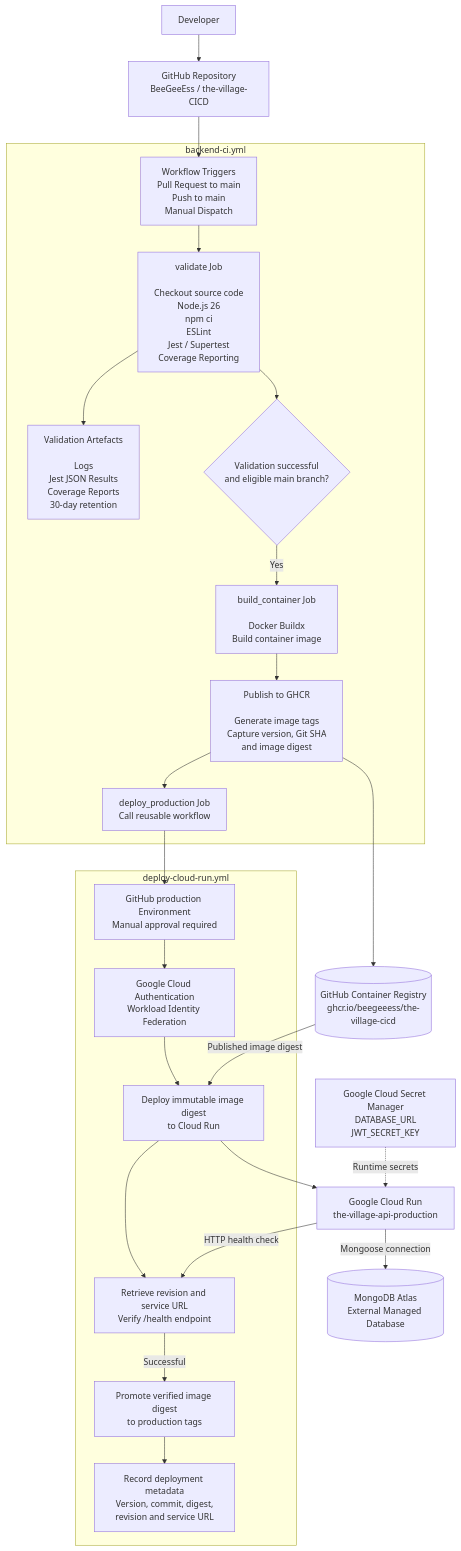
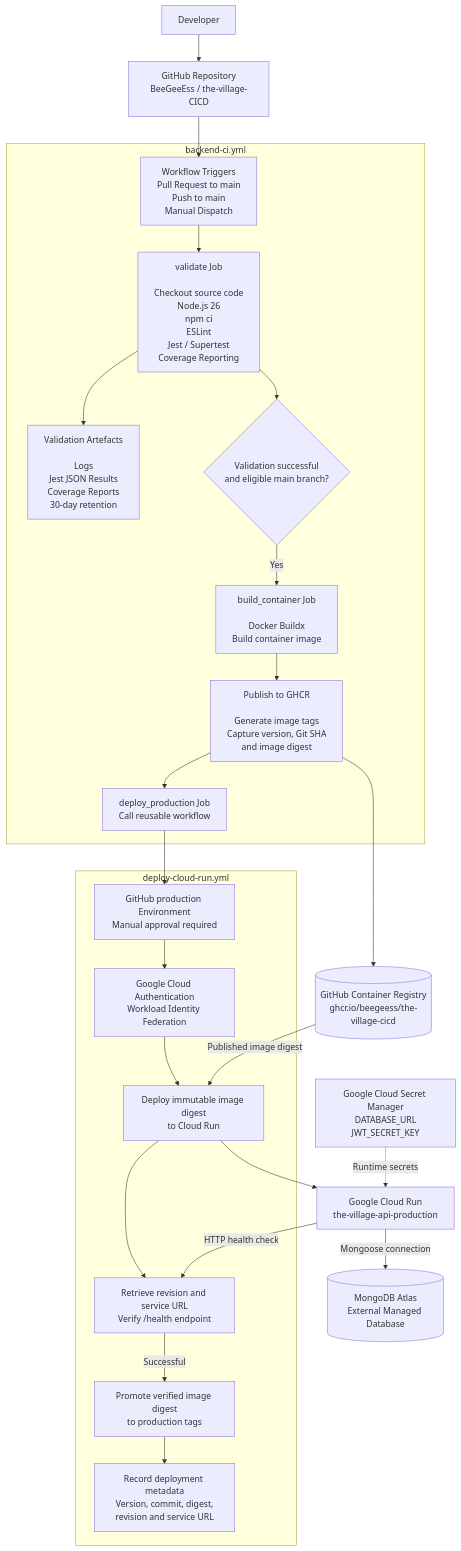
The third of 4 diagrams in application-architecture.md (BeeGeeEss/the-village-CICD), drawn with Mermaid before and after one commit. The commit also changed other lines of this file, not shown here.

Commit message:
DOCS: Update app architecture

````diff
--- a/application-architecture.md
+++ b/application-architecture.md
@@ -342,66 +340,66 @@
 ```mermaid
 flowchart TB
     DEV["Developer"]
     REPO["GitHub Repository<br/>BeeGeeEss / the-village-CICD"]
 
     subgraph MAIN["backend-ci.yml"]
         TRIGGER["Workflow Triggers<br/>Pull Request to main<br/>Push to main<br/>Manual Dispatch"]
 
         VALIDATE["validate Job<br/><br/>Checkout source code<br/>Node.js 26<br/>npm ci<br/>ESLint<br/>Jest / Supertest<br/>Coverage Reporting"]
 
         ARTIFACTS["Validation Artefacts<br/><br/>Logs<br/>Jest JSON Results<br/>Coverage Reports<br/>30-day retention"]
 
         CONDITION{"Validation successful<br/>and eligible main branch?"}
 
         BUILD["build_container Job<br/><br/>Docker Buildx<br/>Build container image"]
 
         PUBLISH["Publish to GHCR<br/><br/>Generate image tags<br/>Capture version, Git SHA<br/>and image digest"]
 
         DEPLOYJOB["deploy_production Job<br/>Call reusable workflow"]
 
         TRIGGER --> VALIDATE
         VALIDATE --> ARTIFACTS
         VALIDATE --> CONDITION
         CONDITION -->|"Yes"| BUILD
         BUILD --> PUBLISH
         PUBLISH --> DEPLOYJOB
     end
 
-    GHCR[("GitHub Container Registry<br/>ghcr.io/beegeeess/the-village-cicd")]
+    GHCR[("GitHub Container Registry<br/>ghcr.io/beegeess/the-village-cicd")]
 
     subgraph REUSABLE["deploy-cloud-run.yml"]
         APPROVAL["GitHub production Environment<br/>Manual approval required"]
 
         AUTH["Google Cloud Authentication<br/>Workload Identity Federation"]
 
         DEPLOY["Deploy immutable image digest<br/>to Cloud Run"]
 
         HEALTH["Retrieve revision and service URL<br/>Verify /health endpoint"]
 
         PROMOTE["Promote verified image digest<br/>to production tags"]
 
         METADATA["Record deployment metadata<br/>Version, commit, digest,<br/>revision and service URL"]
 
         APPROVAL --> AUTH
         AUTH --> DEPLOY
         DEPLOY --> HEALTH
         HEALTH -->|"Successful"| PROMOTE
         PROMOTE --> METADATA
     end
 
     CLOUD["Google Cloud Run<br/>the-village-api-production"]
 
     SECRETS["Google Cloud Secret Manager<br/>DATABASE_URL<br/>JWT_SECRET_KEY"]
 
     DB[("MongoDB Atlas<br/>External Managed Database")]
 
     DEV --> REPO
     REPO --> TRIGGER
     PUBLISH --> GHCR
     DEPLOYJOB --> APPROVAL
     GHCR -->|"Published image digest"| DEPLOY
     DEPLOY --> CLOUD
     SECRETS -.->|"Runtime secrets"| CLOUD
     CLOUD -->|"HTTP health check"| HEALTH
     CLOUD -->|"Mongoose connection"| DB
 ```
````
